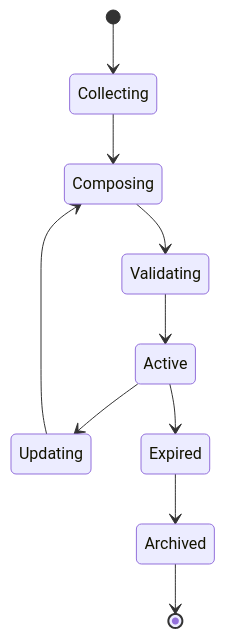
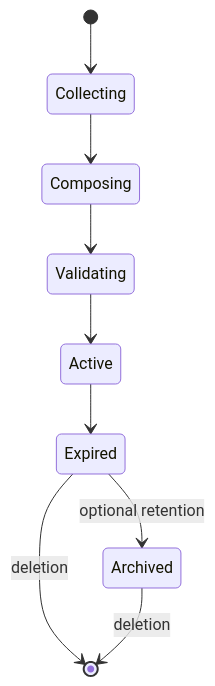
Before and after one commit to RodLoz/orion: the second of 6 diagrams in specifications/concepts/CONCEPT-0003-Context-Model.md, drawn with Mermaid. The commit also changed other lines of this file and 28 other files, not shown here.

Commit message:
docs: finalize architectural foundation v1.0

````diff
--- a/specifications/concepts/CONCEPT-0003-Context-Model.md
+++ b/specifications/concepts/CONCEPT-0003-Context-Model.md
@@ -817,21 +830,19 @@
 ```mermaid
 stateDiagram-v2
 
     [*] --> Collecting
 
     Collecting --> Composing
 
     Composing --> Validating
 
     Validating --> Active
 
-    Active --> Updating
-
-    Updating --> Composing
-
     Active --> Expired
 
-    Expired --> Archived
+    Expired --> Archived: optional retention
 
-    Archived --> [*]
+    Expired --> [*]: deletion
+
+    Archived --> [*]: deletion
 ```
````
